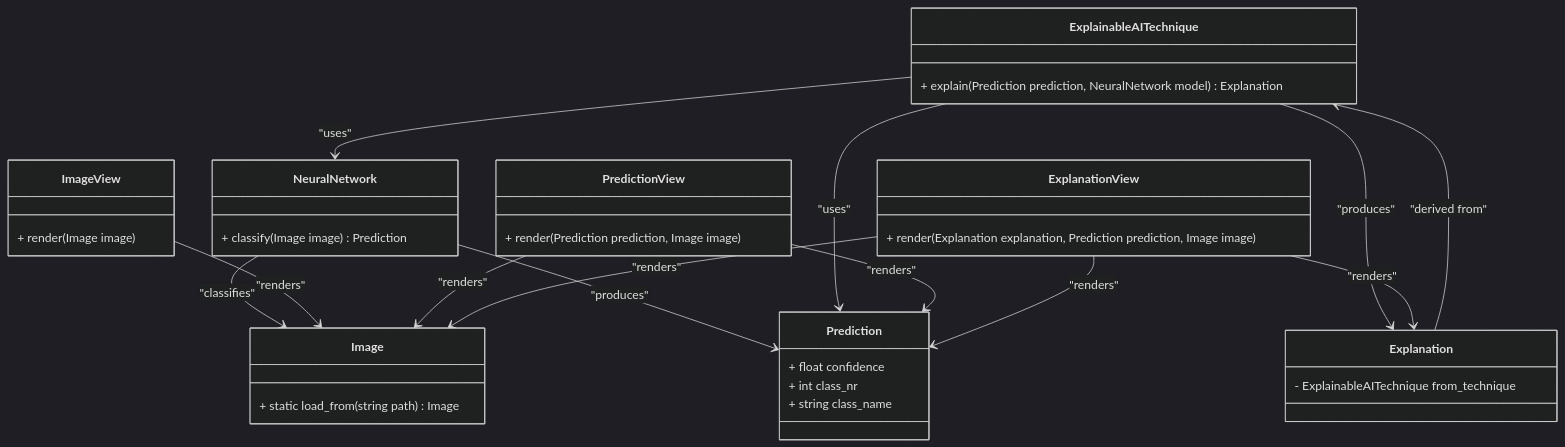
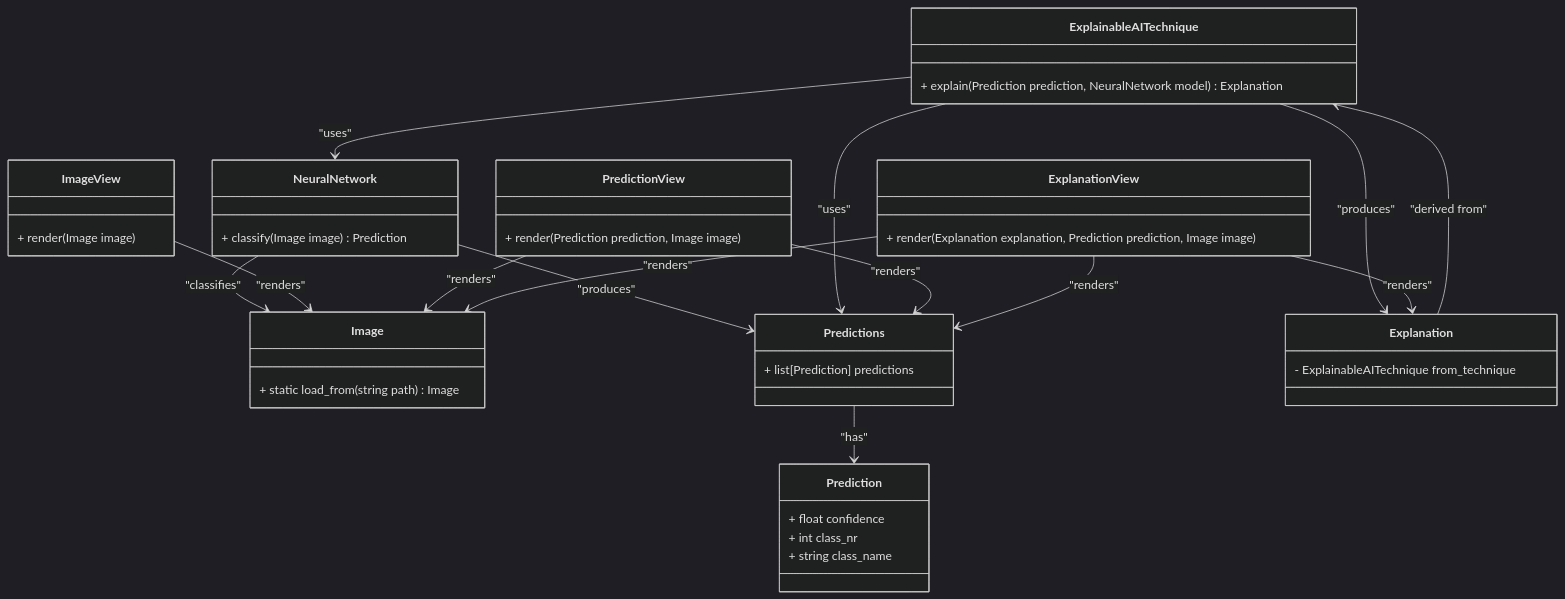
The second of 3 diagrams in documentation/02_static_and_dynamic_models.md (GermainGirndt/visual-explanaible-ai), drawn with Mermaid (dark theme) before and after one commit. The commit also changed 6 other files, not shown here.

Commit message:
Refactor prediction handling: Introduce Predictions class, update NeuralNetwork classification method, and adjust views to render top predictions.

````diff
--- a/documentation/02_static_and_dynamic_models.md
+++ b/documentation/02_static_and_dynamic_models.md
@@ -144,67 +144,72 @@
 ```mermaid
 classDiagram
 %% --------------------
 %% Model Layer
 %% --------------------
 class Image {
     + static load_from(string path) Image
 }
 
 class NeuralNetwork {
     + classify(Image image) Prediction
+}
+
+class Predictions {
+    + list[Prediction] predictions
 }
 
 class Prediction {
     + float confidence
     + int class_nr
     + string class_name
 }
 
 class ExplainableAITechnique {
     + explain(Prediction prediction, NeuralNetwork model) Explanation
 }
 
 class Explanation {
     - ExplainableAITechnique from_technique
 }
 
 %% --------------------
 %% View Layer (Separate Web Pages)
 %% --------------------
 class ImageView {
     + render(Image image)
 }
 
 class PredictionView {
     + render(Prediction prediction, Image image)
 }
 
 class ExplanationView {
     + render(Explanation explanation, Prediction prediction, Image image)
 }
 
 %% --------------------
 %% Relationships (Models)
 %% --------------------
 NeuralNetwork --> Image : "classifies"
-NeuralNetwork --> Prediction : "produces"
+NeuralNetwork --> Predictions : "produces"
+Predictions --> Prediction : "has"
 
 ExplainableAITechnique --> NeuralNetwork : "uses"
-ExplainableAITechnique --> Prediction : "uses"
+ExplainableAITechnique --> Predictions : "uses"
 ExplainableAITechnique --> Explanation : "produces"
 
 Explanation --> ExplainableAITechnique : "derived from"
 
 %% --------------------
 %% Relationships (Views)
 %% --------------------
 ImageView --> Image : "renders"
 
-PredictionView --> Prediction : "renders"
+PredictionView --> Predictions : "renders"
 PredictionView --> Image : "renders"
 
 ExplanationView --> Explanation : "renders"
-ExplanationView --> Prediction : "renders"
+ExplanationView --> Predictions : "renders"
 ExplanationView --> Image : "renders"
 
 ```
````
